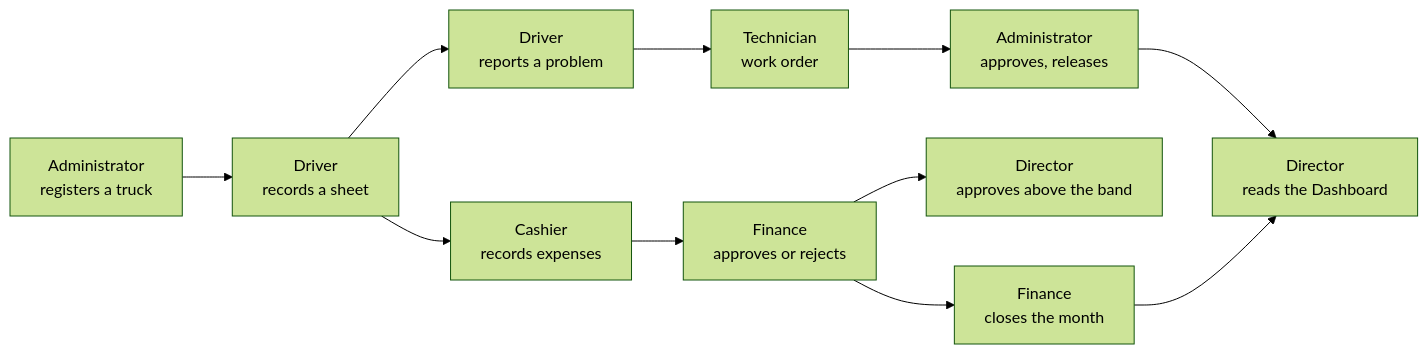
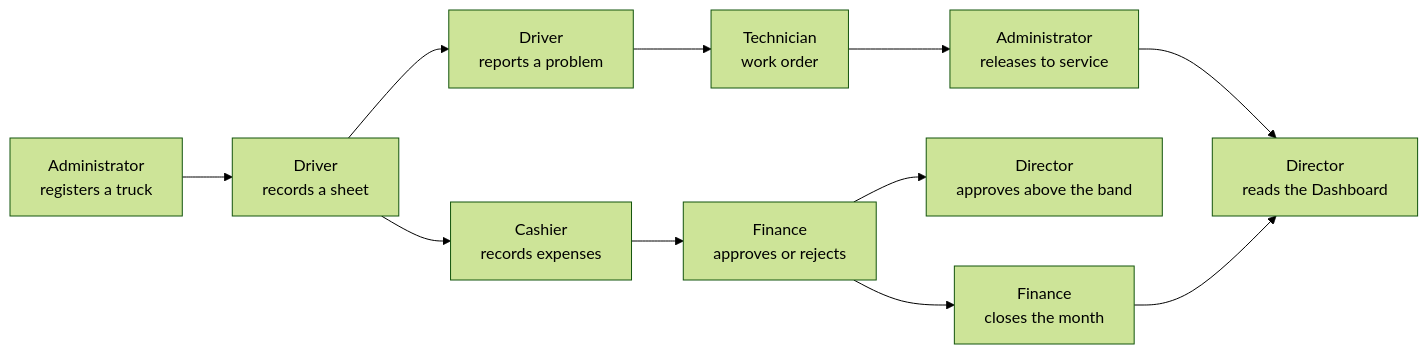
The diagram in apps/docs/start-here/04-company-flow.md (truesignal-digital/routiq), drawn with Mermaid (forest theme) before and after one commit. The commit also changed other lines of this file and 4 other files, not shown here.

````diff
--- a/apps/docs/start-here/04-company-flow.md
+++ b/apps/docs/start-here/04-company-flow.md
@@ -9,13 +9,13 @@
 ```mermaid
 flowchart LR
   A[Administrator<br/>registers a truck] --> B[Driver<br/>records a sheet]
   B --> C[Driver<br/>reports a problem]
   C --> D[Technician<br/>work order]
-  D --> E[Administrator<br/>approves, releases]
+  D --> E[Administrator<br/>releases to service]
   B --> F[Cashier<br/>records expenses]
   F --> G[Finance<br/>approves or rejects]
   G --> H[Director<br/>approves above the band]
   G --> I[Finance<br/>closes the month]
   E --> J[Director<br/>reads the Dashboard]
   I --> J
 ```
````
